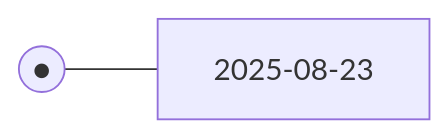
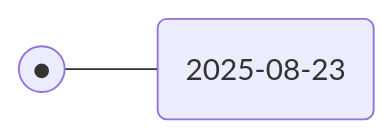
One commit to Bennnto/journey changed the diagram in README.md. Above: the diagram before and after it, drawn with Mermaid.

Commit message:
Fix mermaid syntax for date node in README

````diff
--- a/README.md
+++ b/README.md
@@ -8,5 +8,5 @@
 ```mermaid
 graph LR
   D20250823((●))
-  D20250823 --- LD20250823["2025-08-23"]
+  D20250823 --- LD20250823("2025-08-23")
 ```
````
